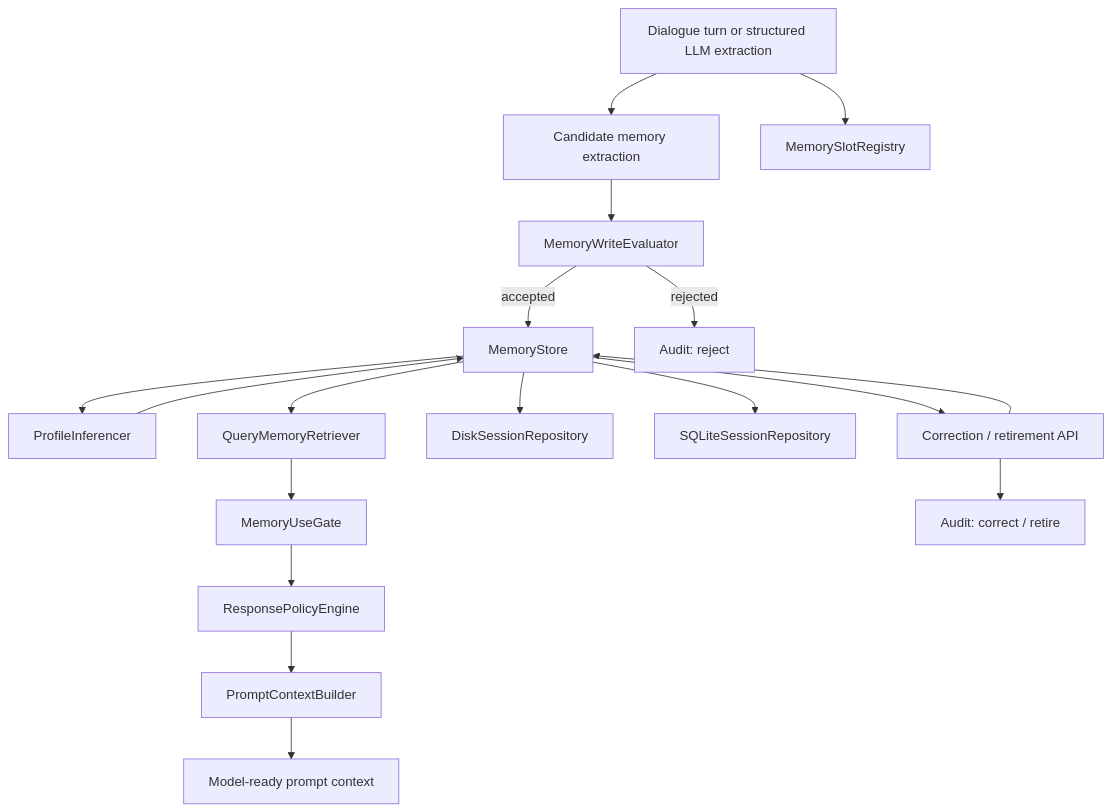
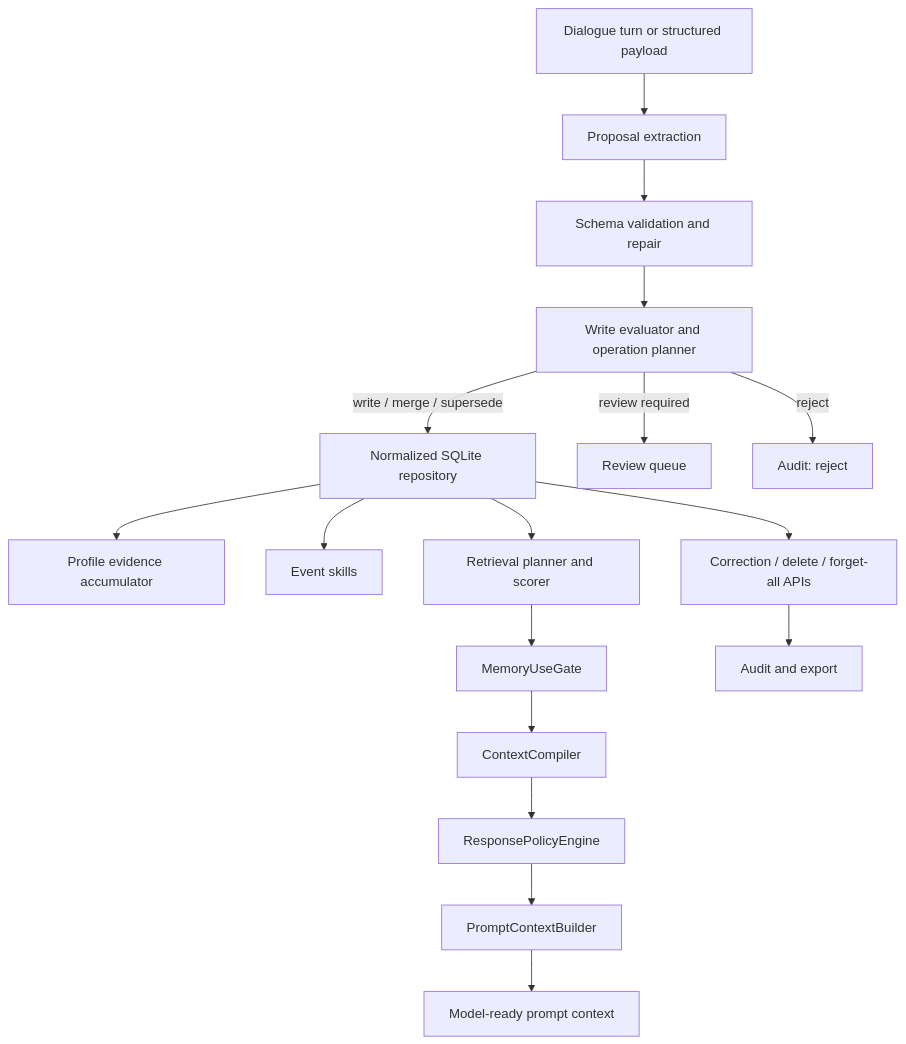
Before and after one commit to 2sao7sao/EvolveMemory: the diagram in README.md, drawn with Mermaid. The commit also changed other lines of this file and 1 other file, not shown here.

````diff
--- a/README.md
+++ b/README.md
@@ -123,20 +55,19 @@
 ```mermaid
 flowchart TD
-    A["Dialogue turn or structured LLM extraction"] --> B["Candidate memory extraction"]
-    A --> R["MemorySlotRegistry"]
-    B --> C["MemoryWriteEvaluator"]
-    C -->|accepted| D["MemoryStore"]
-    C -->|rejected| E["Audit: reject"]
-    D --> F["ProfileInferencer"]
-    F --> D
-    D --> G["QueryMemoryRetriever"]
-    G --> U["MemoryUseGate"]
-    U --> H["ResponsePolicyEngine"]
-    H --> I["PromptContextBuilder"]
-    I --> J["Model-ready prompt context"]
-    D --> K["DiskSessionRepository"]
-    D --> N["SQLiteSessionRepository"]
-    D --> L["Correction / retirement API"]
-    L --> D
-    L --> M["Audit: correct / retire"]
+    A["Dialogue turn or structured payload"] --> B["Proposal extraction"]
+    B --> C["Schema validation and repair"]
+    C --> D["Write evaluator and operation planner"]
+    D -->|write / merge / supersede| E["Normalized SQLite repository"]
+    D -->|review required| F["Review queue"]
+    D -->|reject| G["Audit: reject"]
+    E --> H["Profile evidence accumulator"]
+    E --> I["Event skills"]
+    E --> J["Retrieval planner and scorer"]
+    J --> K["MemoryUseGate"]
+    K --> L["ContextCompiler"]
+    L --> M["ResponsePolicyEngine"]
+    M --> N["PromptContextBuilder"]
+    N --> O["Model-ready prompt context"]
+    E --> P["Correction / delete / forget-all APIs"]
+    P --> Q["Audit and export"]
 ```
````
